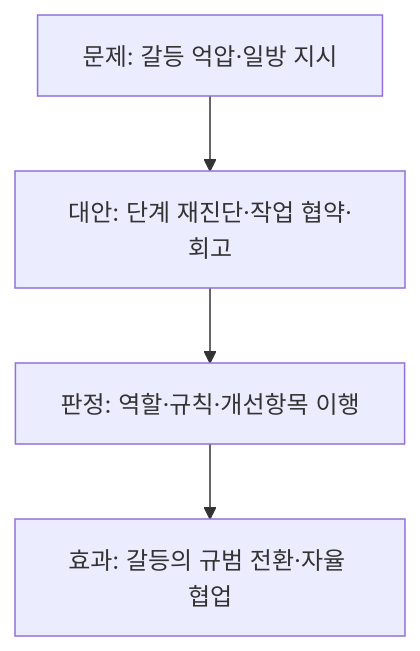
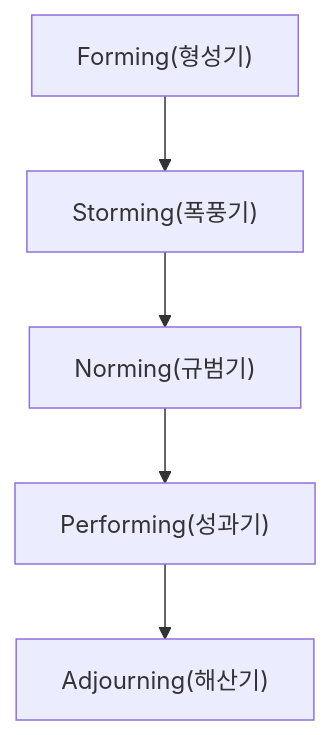
The second of 2 diagrams in src/content/docs/notes/itpe/01-it-strategy/028_tuckman_team_development_model.md (agnusdei1207/study), drawn with Mermaid before and after one commit. The commit also changed other lines of this file and 19 other files, not shown here.

````diff
--- a/src/content/docs/notes/itpe/01-it-strategy/028_tuckman_team_development_model.md
+++ b/src/content/docs/notes/itpe/01-it-strategy/028_tuckman_team_development_model.md
@@ -108,6 +117,7 @@
 ```mermaid
 flowchart TD
-    A["문제: 갈등 억압·일방 지시"] --> B["대안: 단계 재진단·작업 협약·회고"]
-    B --> C["판정: 역할·규칙·개선항목 이행"]
-    C --> D["효과: 갈등의 규범 전환·자율 협업"]
+    A["Forming(형성기)"] --> B["Storming(폭풍기)"]
+    B --> C["Norming(규범기)"]
+    C --> D["Performing(성과기)"]
+    D --> E["Adjourning(해산기)"]
 ```
````
